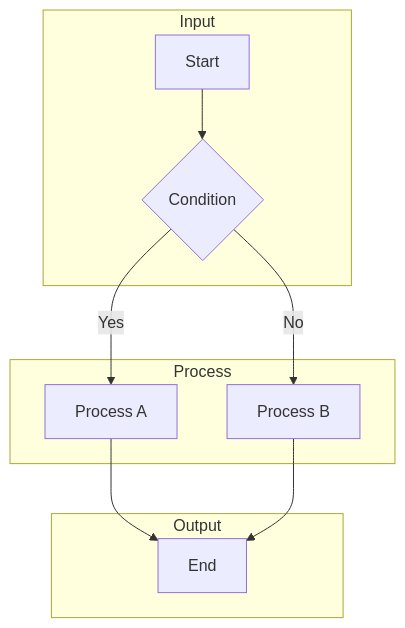
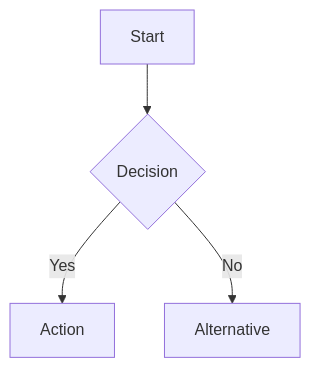
One commit to belinwu/simota-skills changed the first of 10 diagrams in canvas/references/diagram-templates.md. Above: the diagram before and after it, drawn with Mermaid. The commit also changed other lines of this file and 13 other files, not shown here.

````diff
--- a/canvas/references/diagram-templates.md
+++ b/canvas/references/diagram-templates.md
@@ -8,14 +28,6 @@
 ```mermaid
 flowchart TD
-    subgraph Input["Input"]
-        A[Start] --> B{Condition}
-    end
-    subgraph Process["Process"]
-        B -->|Yes| C[Process A]
-        B -->|No| D[Process B]
-    end
-    subgraph Output["Output"]
-        C --> E[End]
-        D --> E
-    end
+    A[Start] --> B{Decision}
+    B -->|Yes| C[Action]
+    B -->|No| D[Alternative]
 ```
````
